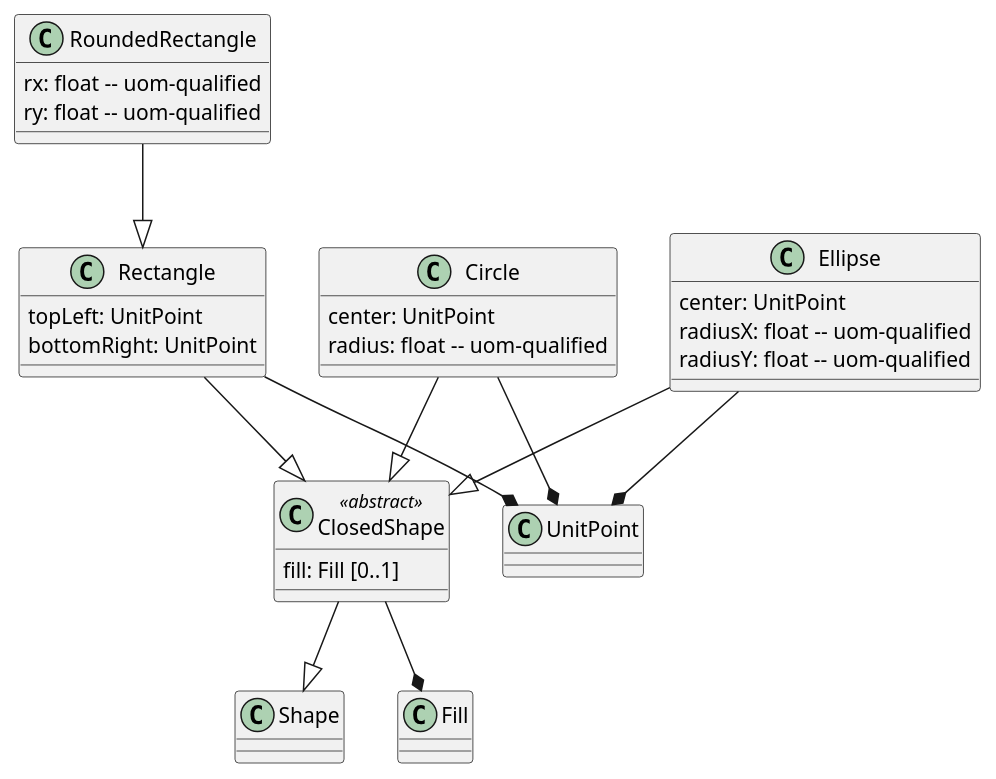
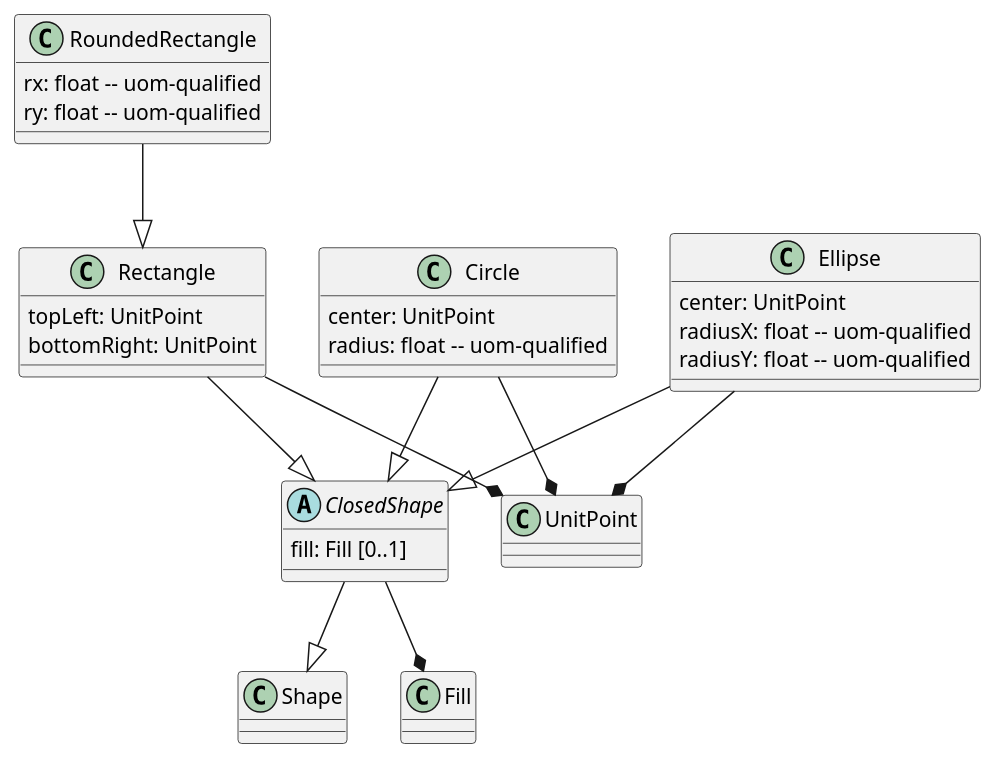
Before and after one commit to opengeospatial/styles-and-symbology: the first of 3 diagrams in core/sections/clause_11_shapes.adoc, drawn with PlantUML. The commit also changed 8 other files, not shown here.

Commit message:
correction to plantuml naming conventions

```diff
--- a/core/sections/clause_11_shapes.adoc
+++ b/core/sections/clause_11_shapes.adoc
@@ -12,27 +12,27 @@
 [plantuml, target=diagram-classes, format=png]
 ....
-class ClosedShape <<abstract>>
+abstract class ClosedShape
 ClosedShape --|> Shape
 ClosedShape : fill: Fill [0..1]
 ClosedShape --* Fill
 
 Rectangle --|> ClosedShape
 Rectangle : topLeft: UnitPoint
 Rectangle : bottomRight: UnitPoint
 Rectangle --* UnitPoint
 
 RoundedRectangle --|> Rectangle
 RoundedRectangle : rx: float -- uom-qualified
 RoundedRectangle : ry: float -- uom-qualified
 
 Circle --|> ClosedShape
 Circle : center: UnitPoint
 Circle : radius: float -- uom-qualified
 Circle --* UnitPoint
 
 Ellipse --|> ClosedShape
 Ellipse : center: UnitPoint
 Ellipse : radiusX: float -- uom-qualified
 Ellipse : radiusY: float -- uom-qualified
 Ellipse --* UnitPoint
 ....
```
